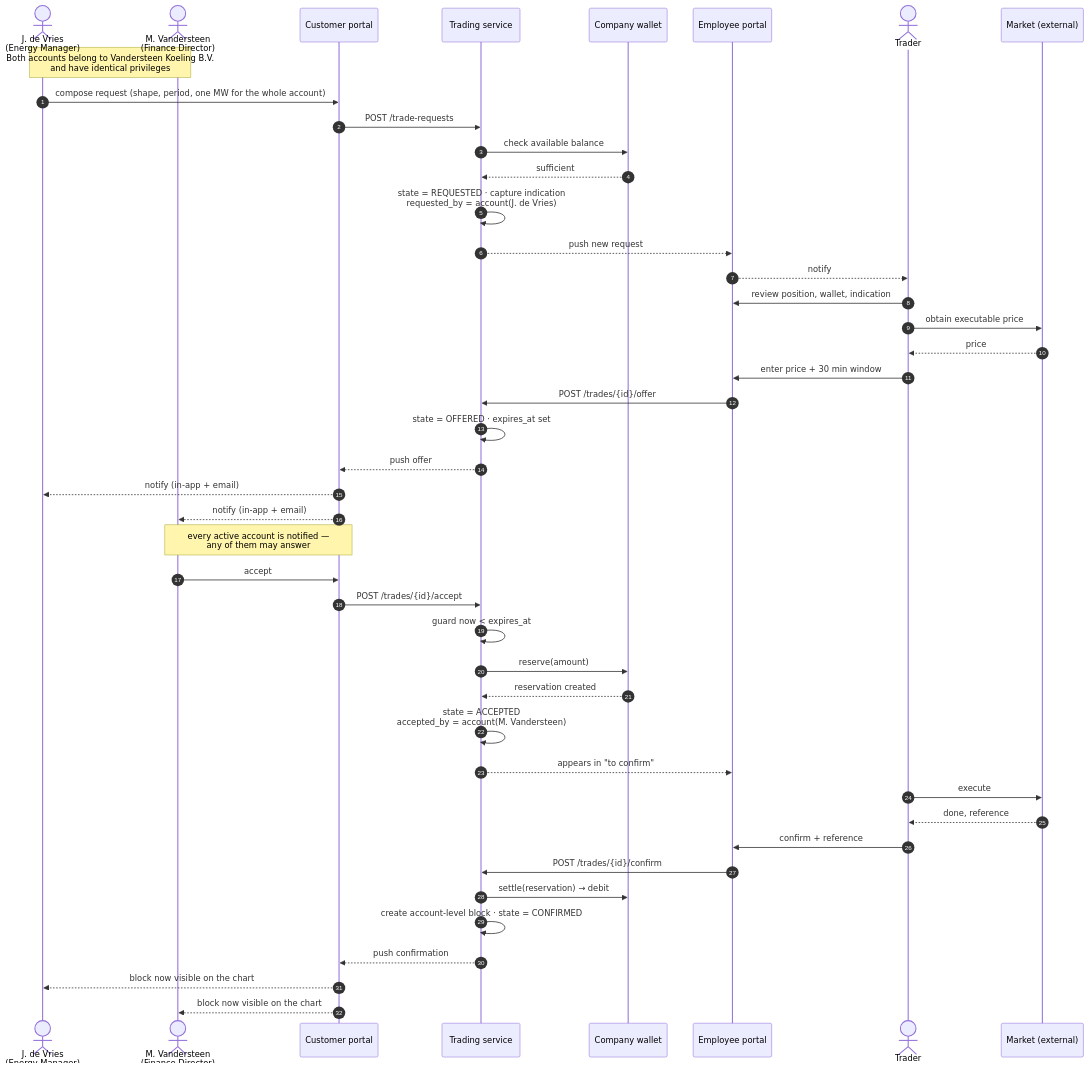
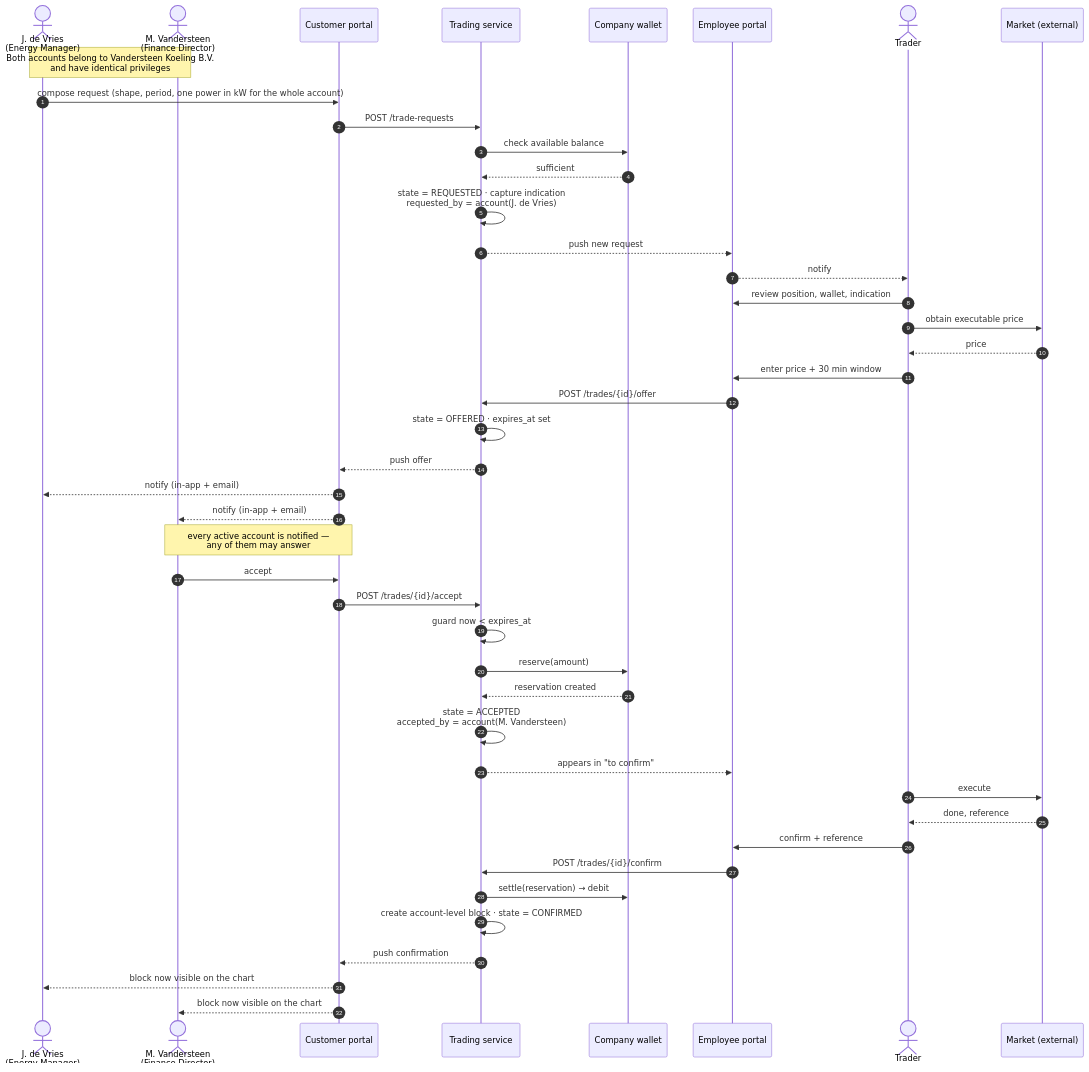
The third of 3 diagrams in specs/10-features/F05-energy-block-trading.md (lukastosic-ifd/peakpowerspecs), drawn with Mermaid before and after one commit. The commit also changed other lines of this file and 6 other files, not shown here.

````diff
--- a/specs/10-features/F05-energy-block-trading.md
+++ b/specs/10-features/F05-energy-block-trading.md
@@ -376,51 +400,51 @@
 ```mermaid
 sequenceDiagram
     autonumber
     actor A as J. de Vries<br/>(Energy Manager)
     actor B as M. Vandersteen<br/>(Finance Director)
     participant CP as Customer portal
     participant API as Trading service
     participant W as Company wallet
     participant EP as Employee portal
     actor T as Trader
     participant MKT as Market (external)
 
     Note over A,B: Both accounts belong to Vandersteen Koeling B.V.<br/>and have identical privileges
 
-    A->>CP: compose request (shape, period, one MW for the whole account)
+    A->>CP: compose request (shape, period, one power in kW for the whole account)
     CP->>API: POST /trade-requests
     API->>W: check available balance
     W-->>API: sufficient
     API->>API: state = REQUESTED · capture indication<br/>requested_by = account(J. de Vries)
     API-->>EP: push new request
     EP-->>T: notify
 
     T->>EP: review position, wallet, indication
     T->>MKT: obtain executable price
     MKT-->>T: price
     T->>EP: enter price + 30 min window
     EP->>API: POST /trades/{id}/offer
     API->>API: state = OFFERED · expires_at set
     API-->>CP: push offer
     CP-->>A: notify (in-app + email)
     CP-->>B: notify (in-app + email)
     Note over CP,B: every active account is notified —<br/>any of them may answer
 
     B->>CP: accept
     CP->>API: POST /trades/{id}/accept
     API->>API: guard now < expires_at
     API->>W: reserve(amount)
     W-->>API: reservation created
     API->>API: state = ACCEPTED<br/>accepted_by = account(M. Vandersteen)
     API-->>EP: appears in "to confirm"
 
     T->>MKT: execute
     MKT-->>T: done, reference
     T->>EP: confirm + reference
     EP->>API: POST /trades/{id}/confirm
     API->>W: settle(reservation) → debit
     API->>API: create account-level block · state = CONFIRMED
     API-->>CP: push confirmation
     CP-->>A: block now visible on the chart
     CP-->>B: block now visible on the chart
 ```
````
